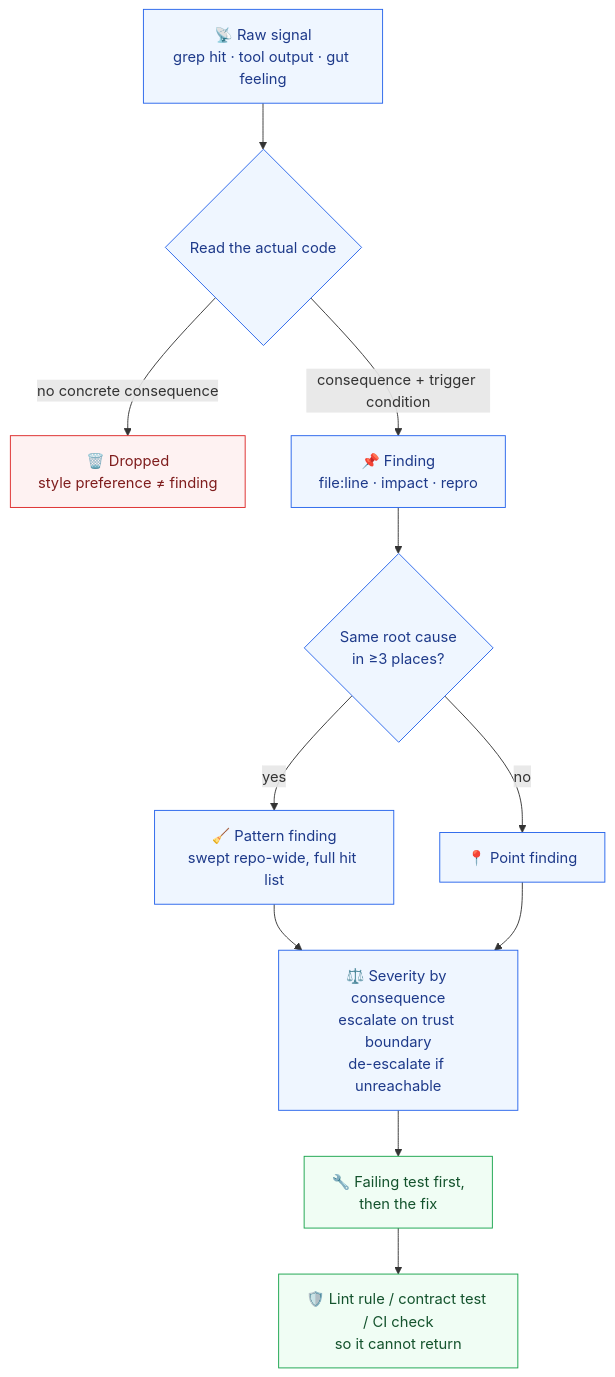
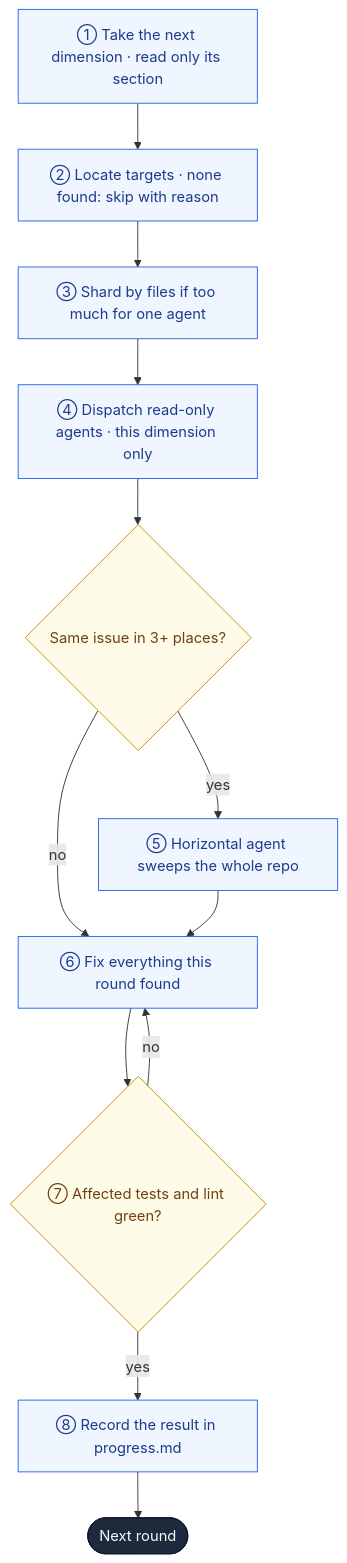
Before and after one commit to MarkSight/full-repo-audit: the third of 3 diagrams in README.md, drawn with Mermaid. The commit also changed other lines of this file and 31 other files, not shown here.

````diff
--- a/README.md
+++ b/README.md
@@ -163,22 +166,21 @@
 ```mermaid
 flowchart TD
-    S["📡 Raw signal<br/>grep hit · tool output · gut feeling"] --> R{"Read the actual code"}
-    R -->|"no concrete consequence"| DROP["🗑️ Dropped<br/>style preference ≠ finding"]
-    R -->|"consequence + trigger condition"| FIND["📌 Finding<br/>file:line · impact · repro"]
+    T["① Take the next dimension · read only its section"] --> L["② Locate targets · none found: skip with reason"]
+    L --> SH["③ Shard by files if too much for one agent"]
+    SH --> D["④ Dispatch read-only agents · this dimension only"]
+    D --> H{"Same issue in 3+ places?"}
+    H -->|yes| X["⑤ Horizontal agent sweeps the whole repo"]
+    H -->|no| FX
+    X --> FX["⑥ Fix everything this round found"]
+    FX --> V{"⑦ Affected tests and lint green?"}
+    V -->|no| FX
+    V -->|yes| R["⑧ Record the result in progress.md"]
+    R --> N(["Next round"])
 
-    FIND --> PAT{"Same root cause<br/>in ≥3 places?"}
-    PAT -->|yes| SWEEP["🧹 Pattern finding<br/>swept repo-wide, full hit list"]
-    PAT -->|no| PT["📍 Point finding"]
-
-    SWEEP --> SEV["⚖️ Severity by consequence<br/>escalate on trust boundary<br/>de-escalate if unreachable"]
-    PT --> SEV
-    SEV --> FIX["🔧 Failing test first,<br/>then the fix"]
-    FIX --> GATE["🛡️ Lint rule / contract test / CI check<br/>so it cannot return"]
-
-    classDef drop fill:#fef2f2,stroke:#dc2626,color:#7f1d1d
-    classDef keep fill:#f0fdf4,stroke:#16a34a,color:#14532d
-    classDef work fill:#eff6ff,stroke:#2563eb,color:#1e3a8a
-    class DROP drop
-    class GATE,FIX keep
-    class S,R,FIND,PAT,SWEEP,PT,SEV work
+    classDef step fill:#eff6ff,stroke:#2563eb,color:#1e3a8a
+    classDef gate fill:#fefce8,stroke:#ca8a04,color:#713f12
+    classDef done fill:#1e293b,stroke:#0f172a,color:#f8fafc
+    class T,L,SH,D,X,FX,R step
+    class H,V gate
+    class N done
 ```
````
